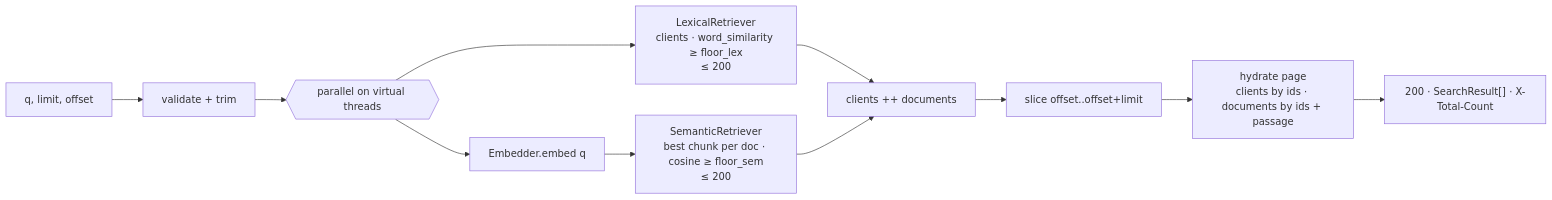
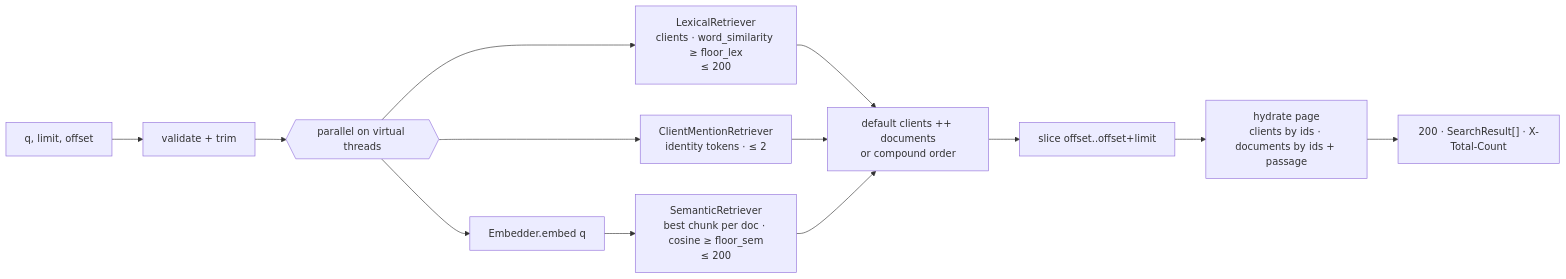
The fourth of 5 diagrams in docs/system-design.md (TsybulskyStepan/unified-search), drawn with Mermaid before and after one commit. The commit also changed other lines of this file and 9 other files, not shown here.

````diff
--- a/docs/system-design.md
+++ b/docs/system-design.md
@@ -381,13 +381,15 @@
 ```mermaid
 flowchart LR
     Q["q, limit, offset"] --> V[validate + trim]
     V --> P{{parallel on virtual threads}}
     P --> LR["LexicalRetriever<br/>clients · word_similarity ≥ floor_lex<br/>≤ 200"]
+    P --> MR["ClientMentionRetriever<br/>identity tokens · ≤ 2"]
     P --> EQ[Embedder.embed q]
     EQ --> SR["SemanticRetriever<br/>best chunk per doc · cosine ≥ floor_sem<br/>≤ 200"]
-    LR --> F["clients ++ documents"]
+    LR --> F["default clients ++ documents<br/>or compound order"]
+    MR --> F
     SR --> F
     F --> S[slice offset..offset+limit]
     S --> H["hydrate page<br/>clients by ids · documents by ids + passage"]
     H --> R["200 · SearchResult[] · X-Total-Count"]
 ```
````
